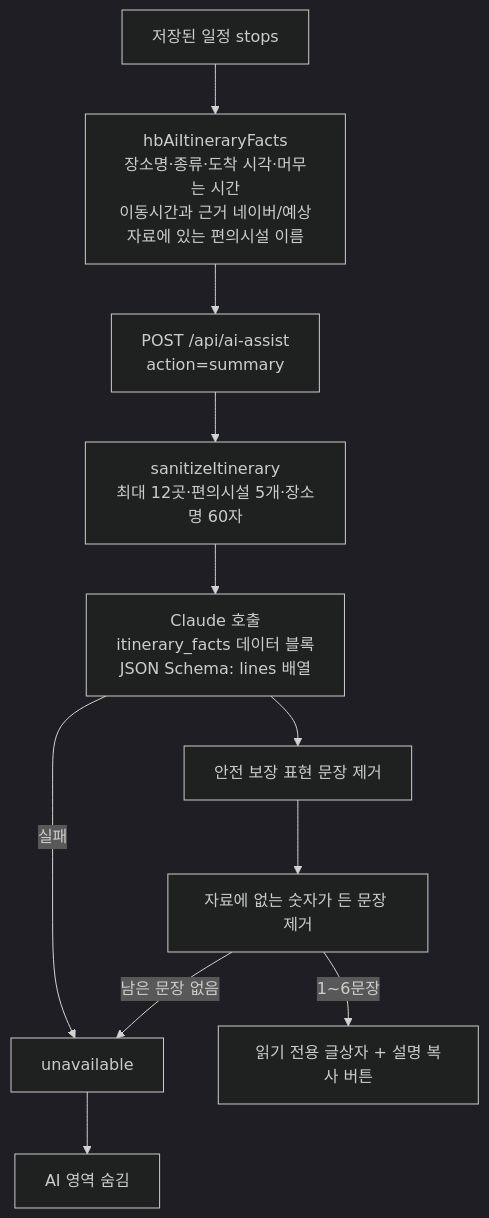
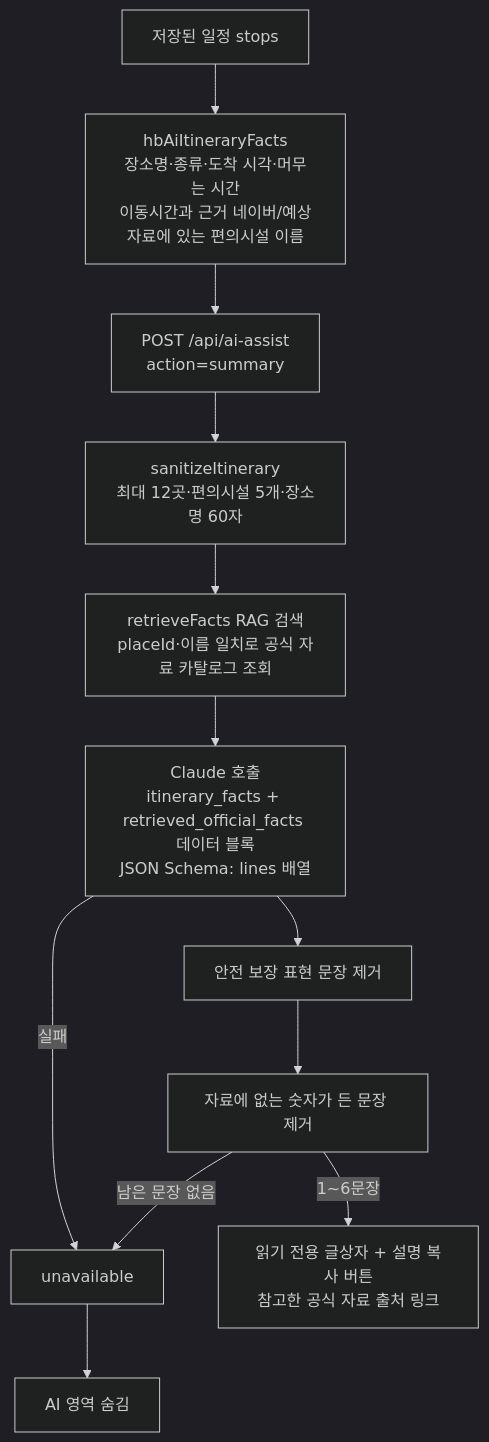
The second of 2 diagrams in docs/AI_DESIGN.md (jihyuntesting-boop/hamkkebom2), drawn with Mermaid (dark theme) before and after one commit. The commit also changed other lines of this file and 7 other files, not shown here.

````diff
--- a/docs/AI_DESIGN.md
+++ b/docs/AI_DESIGN.md
@@ -43,13 +43,14 @@
 ```mermaid
 flowchart TD
   A[저장된 일정 stops] --> B[hbAiItineraryFacts<br/>장소명·종류·도착 시각·머무는 시간<br/>이동시간과 근거 네이버/예상<br/>자료에 있는 편의시설 이름]
   B --> C[POST /api/ai-assist<br/>action=summary]
   C --> D[sanitizeItinerary<br/>최대 12곳·편의시설 5개·장소명 60자]
-  D --> E[Claude 호출<br/>itinerary_facts 데이터 블록<br/>JSON Schema: lines 배열]
+  D --> R[retrieveFacts RAG 검색<br/>placeId·이름 일치로 공식 자료 카탈로그 조회]
+  R --> E[Claude 호출<br/>itinerary_facts + retrieved_official_facts 데이터 블록<br/>JSON Schema: lines 배열]
   E -->|실패| F[unavailable]
   E --> G[안전 보장 표현 문장 제거]
   G --> H[자료에 없는 숫자가 든 문장 제거]
   H -->|남은 문장 없음| F
-  H -->|1~6문장| I[읽기 전용 글상자 + 설명 복사 버튼]
+  H -->|1~6문장| I[읽기 전용 글상자 + 설명 복사 버튼<br/>참고한 공식 자료 출처 링크]
   F --> K[AI 영역 숨김]
 ```
````
